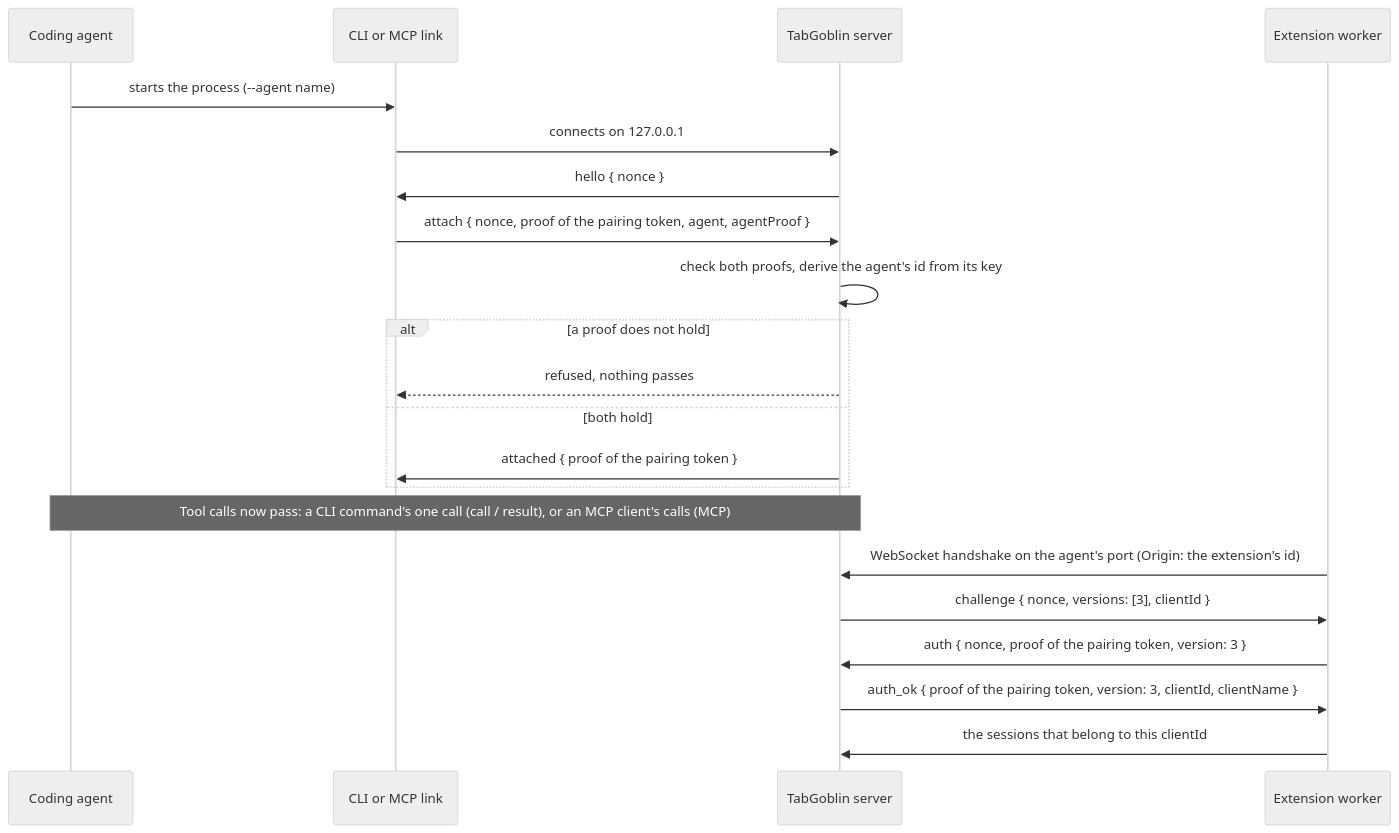
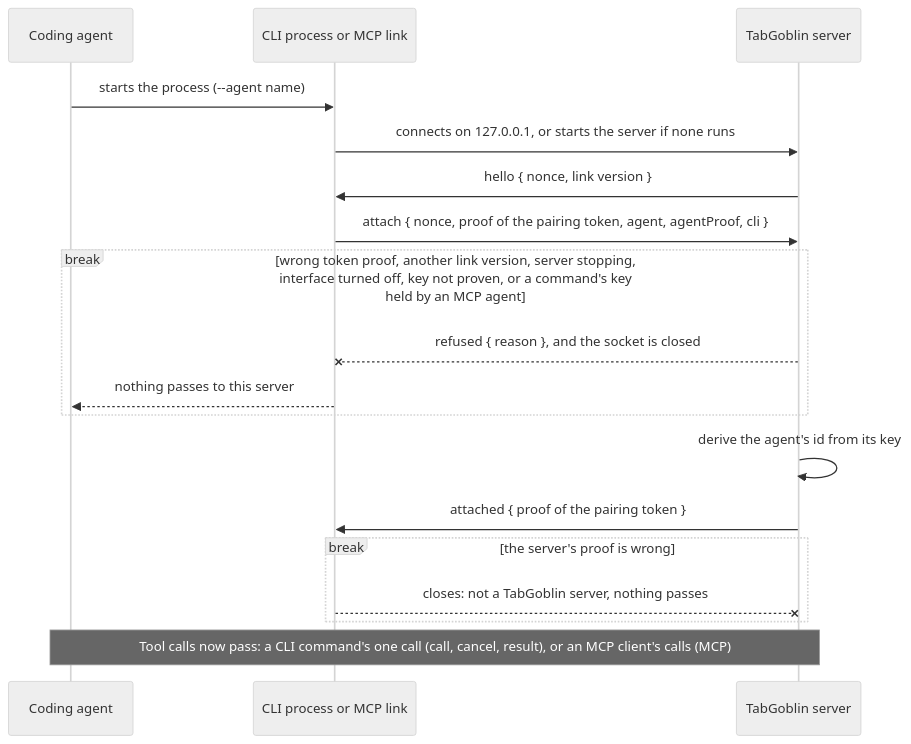
Before and after one commit to LaughingManCommits/TabGoblin: the first of 8 diagrams in docs/architecture.md, drawn with Mermaid (neutral theme). The commit also changed other lines of this file and 13 other files, not shown here.

First line of the commit message:
The diagrams aligned with the code

````diff
--- a/docs/architecture.md
+++ b/docs/architecture.md
@@ -154,23 +155,20 @@
 ```mermaid
 sequenceDiagram
   participant A as Coding agent
-  participant L as CLI or MCP link
+  participant L as CLI process or MCP link
   participant S as TabGoblin server
-  participant E as Extension worker
   A->>L: starts the process (--agent name)
-  L->>S: connects on 127.0.0.1
-  S->>L: hello { nonce }
-  L->>S: attach { nonce, proof of the pairing token, agent, agentProof }
-  S->>S: check both proofs, derive the agent's id from its key
-  alt a proof does not hold
-    S-->>L: refused, nothing passes
-  else both hold
-    S->>L: attached { proof of the pairing token }
+  L->>S: connects on 127.0.0.1, or starts the server if none runs
+  S->>L: hello { nonce, link version }
+  L->>S: attach { nonce, proof of the pairing token, agent, agentProof, cli }
+  break wrong token proof, another link version, server stopping, interface turned off, key not proven, or a command's key held by an MCP agent
+    S--xL: refused { reason }, and the socket is closed
+    L-->>A: nothing passes to this server
   end
-  Note over A,S: Tool calls now pass: a CLI command's one call (call / result), or an MCP client's calls (MCP)
-  E->>S: WebSocket handshake on the agent's port (Origin: the extension's id)
-  S->>E: challenge { nonce, versions: [3], clientId }
-  E->>S: auth { nonce, proof of the pairing token, version: 3 }
-  S->>E: auth_ok { proof of the pairing token, version: 3, clientId, clientName }
-  E->>S: the sessions that belong to this clientId
+  S->>S: derive the agent's id from its key
+  S->>L: attached { proof of the pairing token }
+  break the server's proof is wrong
+    L--xS: closes: not a TabGoblin server, nothing passes
+  end
+  Note over A,S: Tool calls now pass: a CLI command's one call (call, cancel, result), or an MCP client's calls (MCP)
 ```
````
